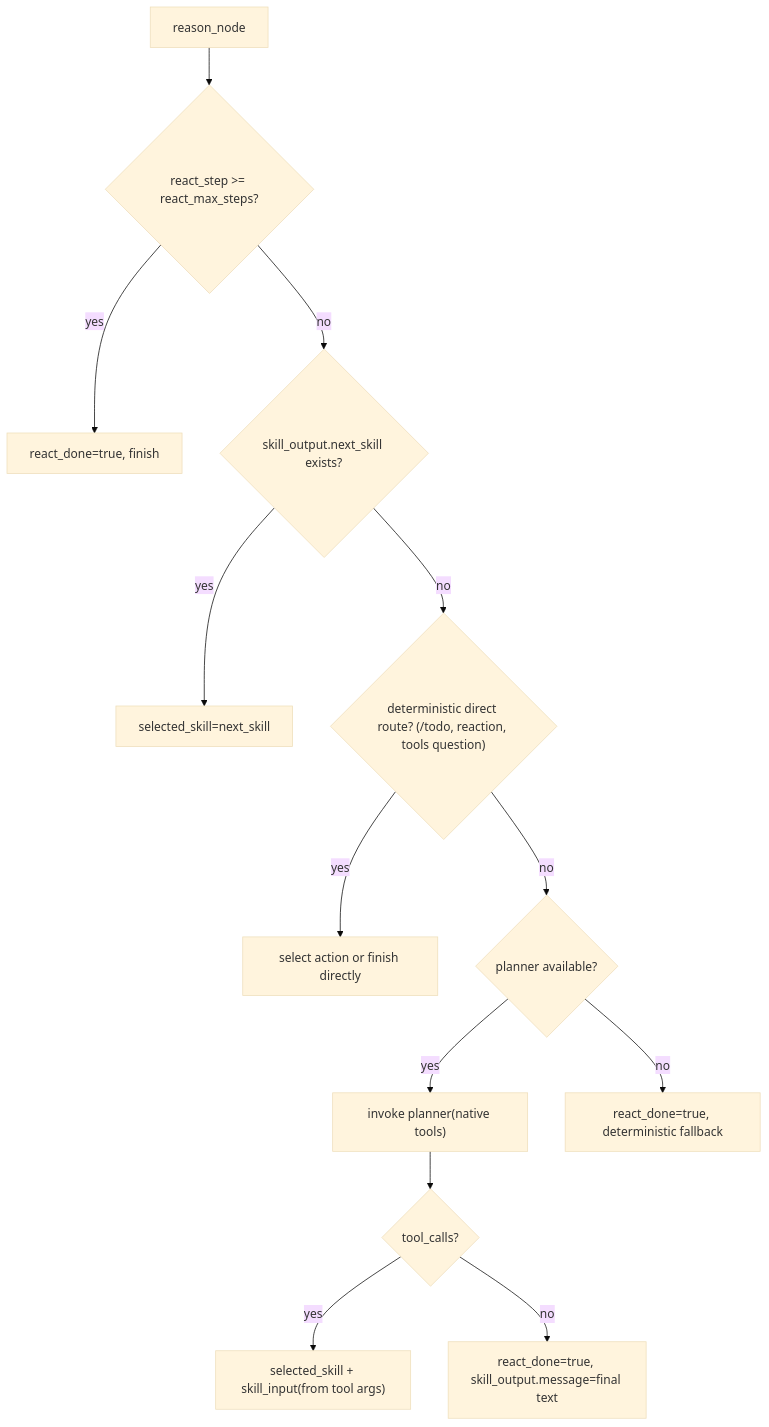
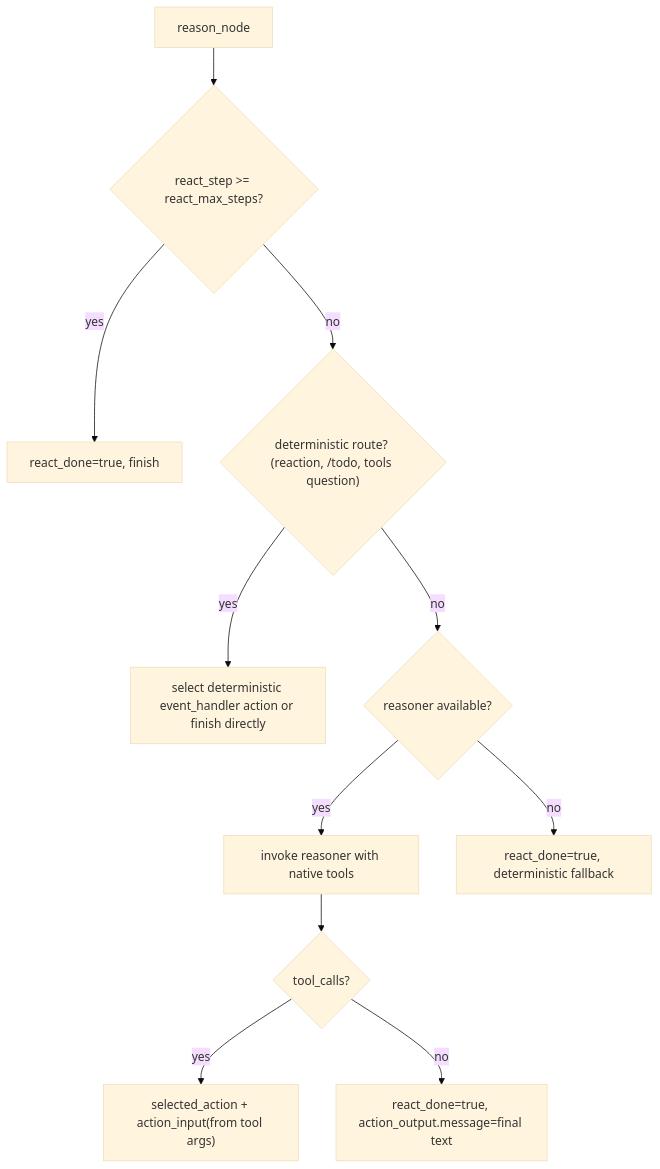
Before and after one commit to nigelleong0703/teambot: the second of 2 diagrams in docs/agent-core-algorithm.md, drawn with Mermaid (base theme). The commit also changed other lines of this file and 138 other files, not shown here.

````diff
--- a/docs/agent-core-algorithm.md
+++ b/docs/agent-core-algorithm.md
@@ -46,15 +47,13 @@
 ```mermaid
 flowchart TD
     R0["reason_node"] --> R1{"react_step >= react_max_steps?"}
     R1 -- "yes" --> R1D["react_done=true, finish"]
-    R1 -- "no" --> R2{"skill_output.next_skill exists?"}
-    R2 -- "yes" --> R2A["selected_skill=next_skill"]
-    R2 -- "no" --> R3{"deterministic direct route? (/todo, reaction, tools question)"}
-    R3 -- "yes" --> R3A["select action or finish directly"]
-    R3 -- "no" --> R4{"planner available?"}
-    R4 -- "yes" --> R5["invoke planner(native tools)"]
-    R5 --> R6{"tool_calls?"}
-    R6 -- "yes" --> R6B["selected_skill + skill_input(from tool args)"]
-    R6 -- "no" --> R6A["react_done=true, skill_output.message=final text"]
-    R4 -- "no" --> R7["react_done=true, deterministic fallback"]
+    R1 -- "no" --> R2{"deterministic route? (reaction, /todo, tools question)"}
+    R2 -- "yes" --> R2A["select deterministic event_handler action or finish directly"]
+    R2 -- "no" --> R3{"reasoner available?"}
+    R3 -- "yes" --> R4["invoke reasoner with native tools"]
+    R4 --> R5{"tool_calls?"}
+    R5 -- "yes" --> R5B["selected_action + action_input(from tool args)"]
+    R5 -- "no" --> R5A["react_done=true, action_output.message=final text"]
+    R3 -- "no" --> R6["react_done=true, deterministic fallback"]
 ```
````
